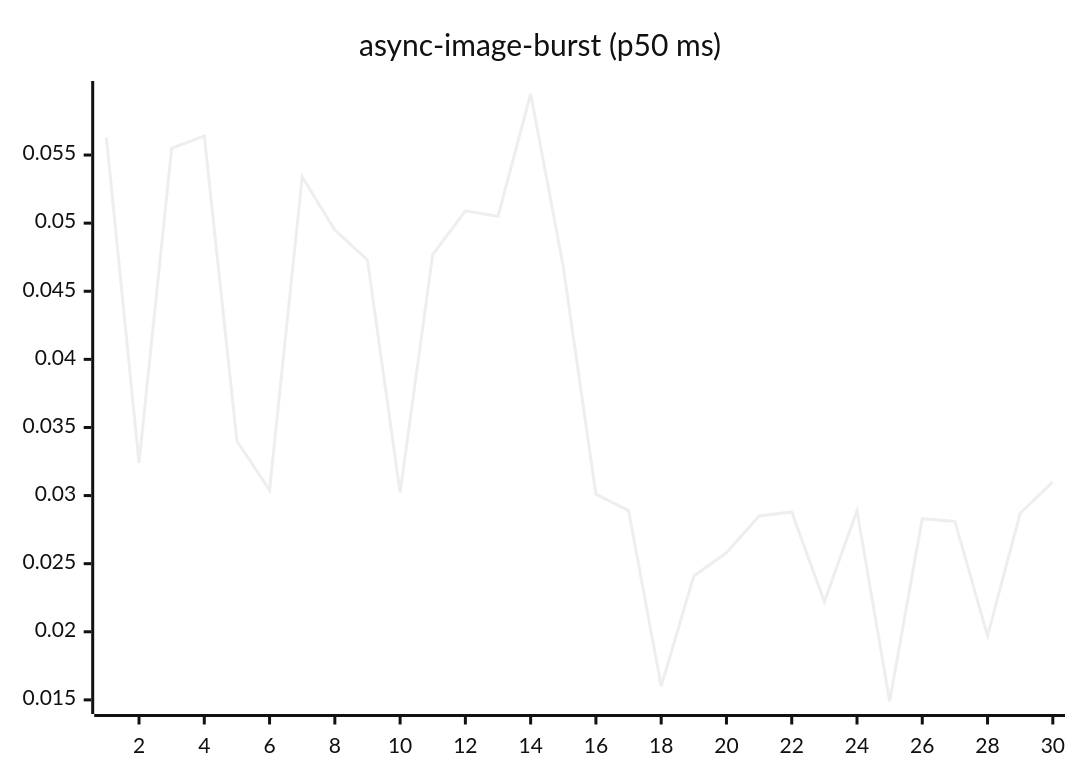
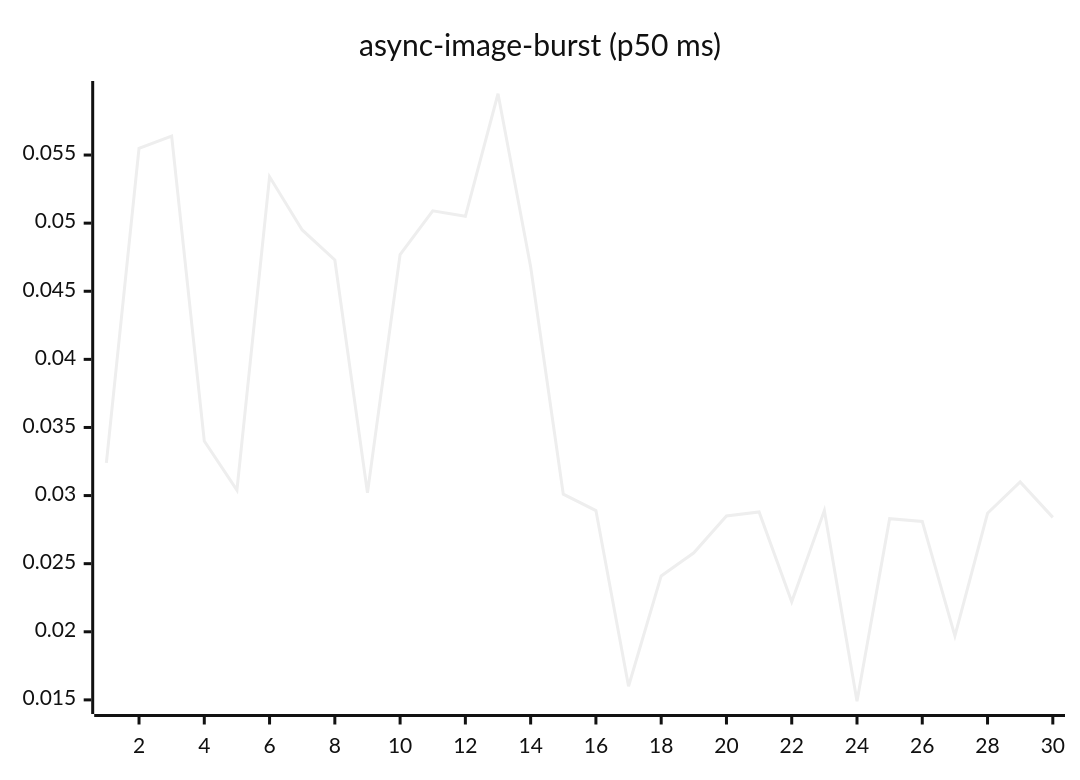
The fourth of 27 diagrams in README.md (josha/Facet), drawn with Mermaid (neutral theme) before and after one commit. The commit also changed other lines of this file and 2 other files, not shown here.

````diff
--- a/README.md
+++ b/README.md
@@ -84,6 +84,6 @@
 ```mermaid
 xychart-beta
     title "async-image-burst (p50 ms)"
     x-axis 1 --> 30
-    line [0.0563, 0.0324, 0.0555, 0.0564, 0.0340, 0.0304, 0.0534, 0.0495, 0.0473, 0.0302, 0.0477, 0.0509, 0.0505, 0.0595, 0.0468, 0.0301, 0.0289, 0.0160, 0.0241, 0.0258, 0.0285, 0.0288, 0.0222, 0.0289, 0.0149, 0.0283, 0.0281, 0.0197, 0.0287, 0.0310]
+    line [0.0324, 0.0555, 0.0564, 0.0340, 0.0304, 0.0534, 0.0495, 0.0473, 0.0302, 0.0477, 0.0509, 0.0505, 0.0595, 0.0468, 0.0301, 0.0289, 0.0160, 0.0241, 0.0258, 0.0285, 0.0288, 0.0222, 0.0289, 0.0149, 0.0283, 0.0281, 0.0197, 0.0287, 0.0310, 0.0284]
 ```
````
